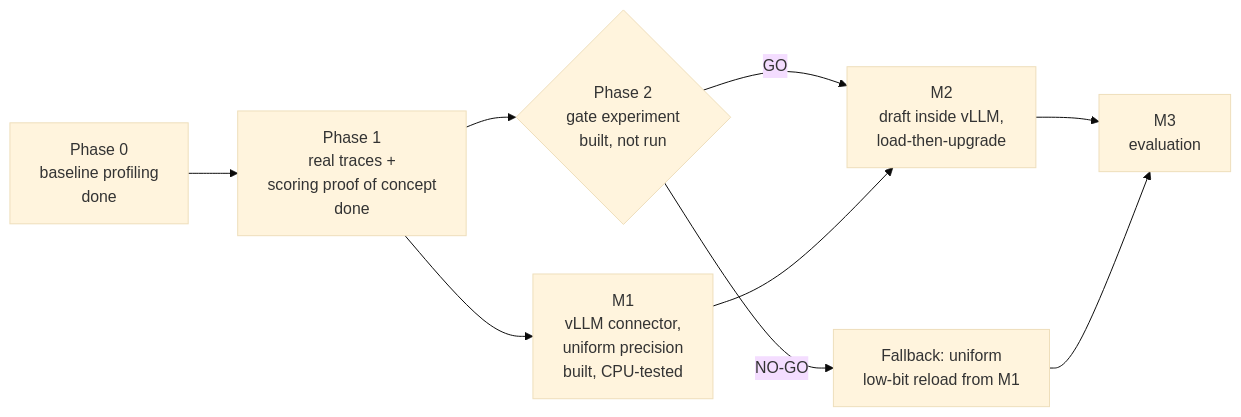
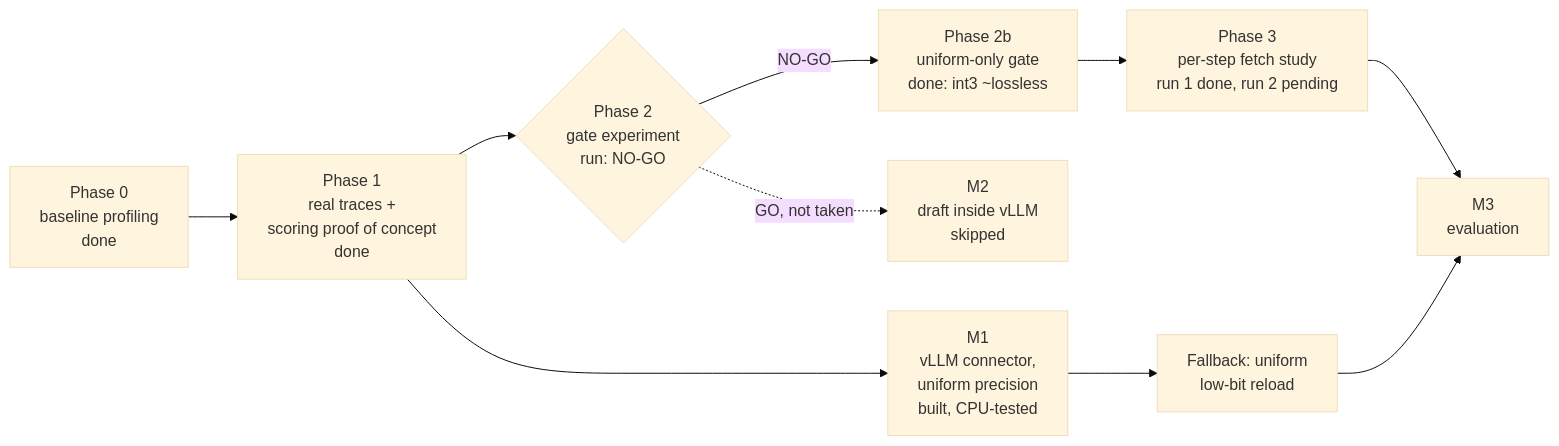
Before and after one commit to ElNino9495/kv-cache-agentic-serving: the diagram in docs/04-phases.md, drawn with Mermaid (base theme). The commit also changed other lines of this file, not shown here.

Commit message:
docs/04-phases: gate run (NO-GO), M2 skipped, uniform-only gate and fetch study

````diff
--- a/docs/04-phases.md
+++ b/docs/04-phases.md
@@ -3,11 +3,12 @@
 ```mermaid
 flowchart LR
     P0[Phase 0<br/>baseline profiling<br/>done] --> P1[Phase 1<br/>real traces +<br/>scoring proof of concept<br/>done]
-    P1 --> G{Phase 2<br/>gate experiment<br/>built, not run}
+    P1 --> G{Phase 2<br/>gate experiment<br/>run: NO-GO}
     P1 --> M1[M1<br/>vLLM connector,<br/>uniform precision<br/>built, CPU-tested]
-    G -- GO --> M2[M2<br/>draft inside vLLM,<br/>load-then-upgrade]
-    G -- NO-GO --> F[Fallback: uniform<br/>low-bit reload from M1]
-    M1 --> M2
-    M2 --> M3[M3<br/>evaluation]
+    G -. GO, not taken .-> M2[M2<br/>draft inside vLLM<br/>skipped]
+    G -- NO-GO --> U[Phase 2b<br/>uniform-only gate<br/>done: int3 ~lossless]
+    U --> FS[Phase 3<br/>per-step fetch study<br/>run 1 done, run 2 pending]
+    M1 --> F[Fallback: uniform<br/>low-bit reload]
+    FS --> M3[M3<br/>evaluation]
     F --> M3
 ```
````
